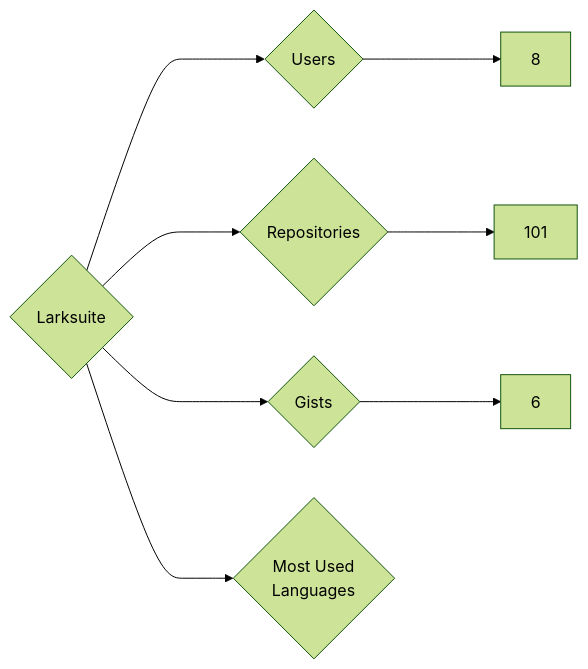
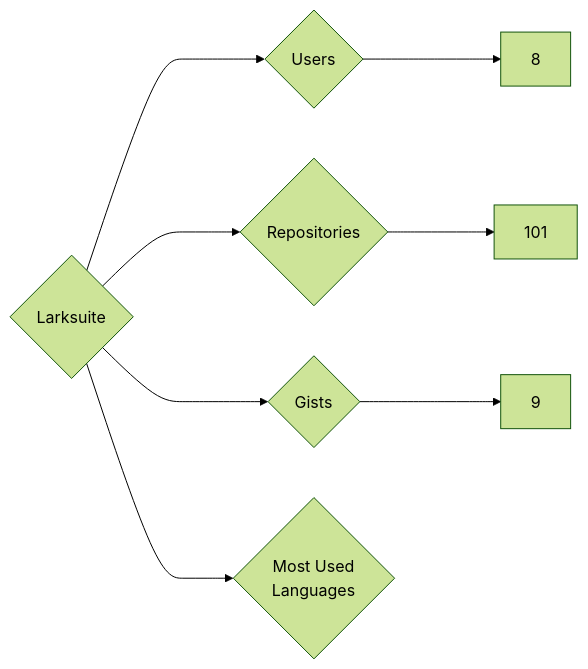
The diagram in targets/Larksuite/README.md (nenadzaric/insiders), drawn with Mermaid (forest theme) before and after one commit. The commit also changed 1342 other files, not shown here.

````diff
--- a/targets/Larksuite/README.md
+++ b/targets/Larksuite/README.md
@@ -3,8 +3,8 @@
 ```mermaid
 graph LR
 COMPANY_NAME{Larksuite}
 COMPANY_NAME ---> U{Users} ---> UN[8]
 COMPANY_NAME ---> R{Repositories} ---> RN[101]
-COMPANY_NAME ---> G{Gists} ---> GN[6]
+COMPANY_NAME ---> G{Gists} ---> GN[9]
 COMPANY_NAME ---> ML{Most Used<br>Languages}
 ```
````
